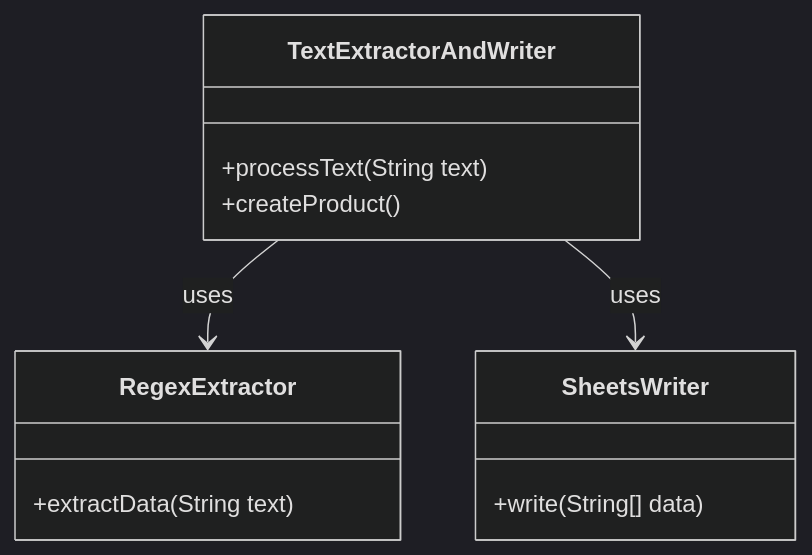
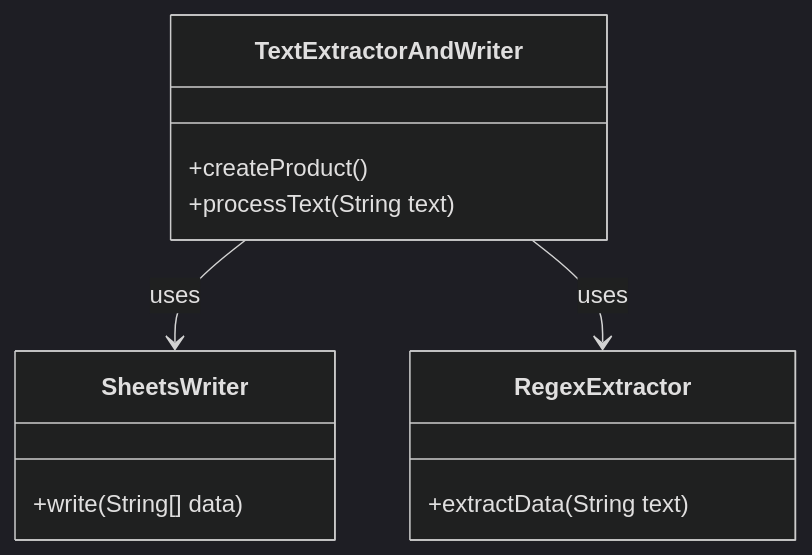
The second of 3 diagrams in README.md (kendama5ko/TextExtractorFactory), drawn with Mermaid (dark theme) before and after one commit. The commit also changed other lines of this file, not shown here.

````diff
--- a/README.md
+++ b/README.md
@@ -11,16 +11,16 @@
 ```mermaid
 classDiagram
     class TextExtractorAndWriter {
+        +createProduct()
         +processText(String text)
-        +createProduct()
+    }
+    class SheetsWriter {
+        +write(String[] data)
     }
     class RegexExtractor {
         +extractData(String text)
     }
-    class SheetsWriter {
-        +write(String[] data)
-    }
     
+    TextExtractorAndWriter --> SheetsWriter: uses
     TextExtractorAndWriter --> RegexExtractor: uses
-    TextExtractorAndWriter --> SheetsWriter: uses
 ```
````
